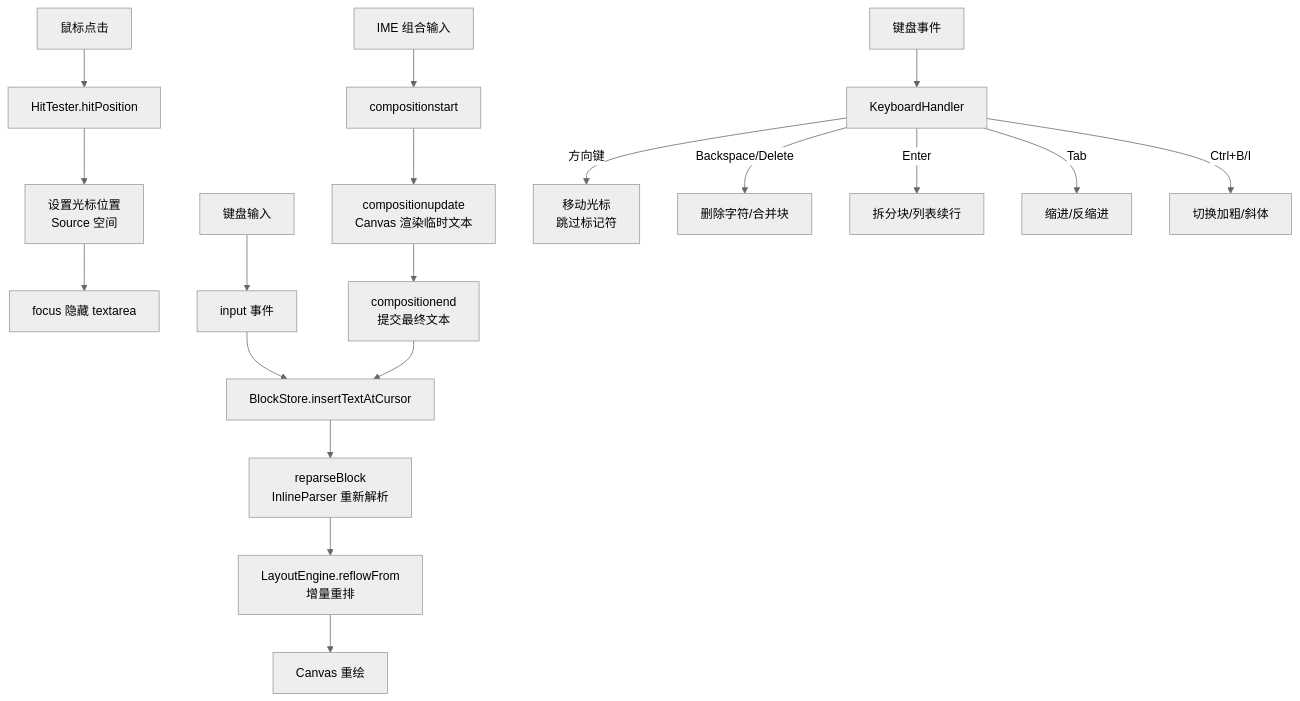
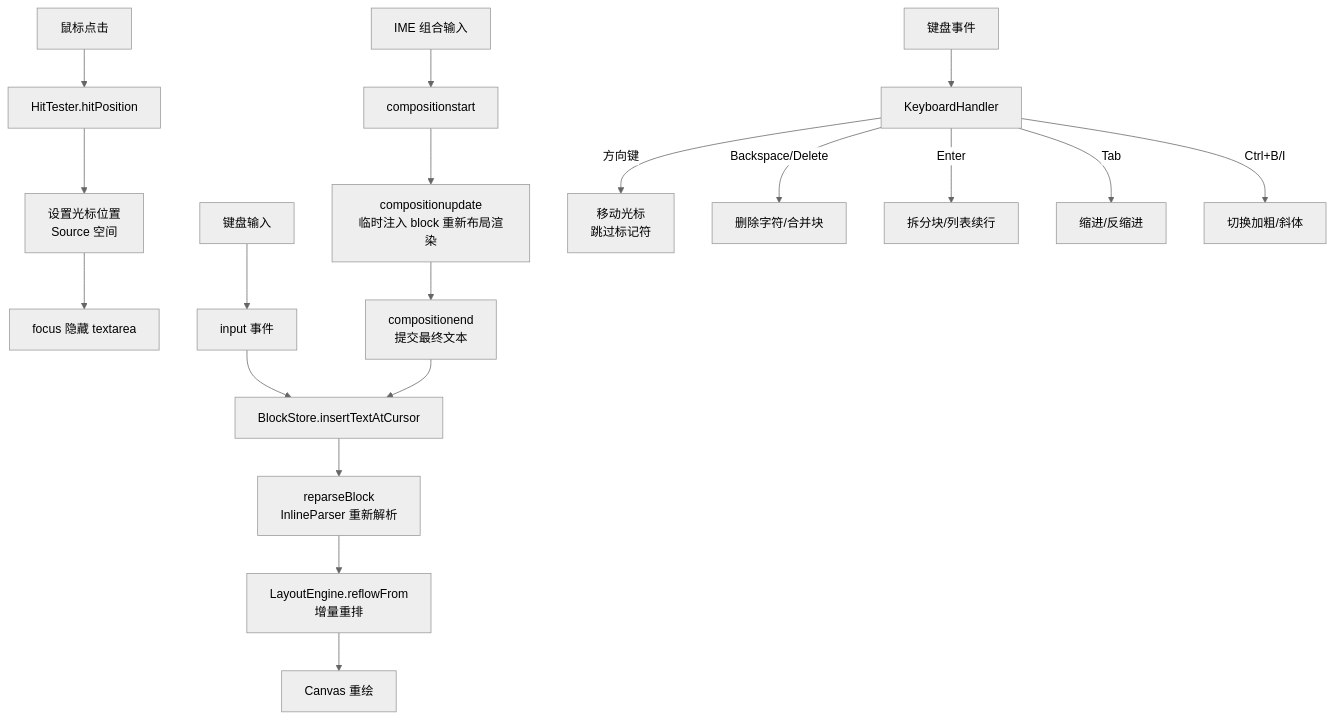
The fourth of 5 diagrams in README.md (symant233/canvas-markdown-editor), drawn with Mermaid (neutral theme) before and after one commit. The commit also changed other lines of this file and 5 other files, not shown here.

````diff
--- a/README.md
+++ b/README.md
@@ -218,24 +218,24 @@
 ```mermaid
 flowchart TD
   PointerDown["鼠标点击"] --> HitTest["HitTester.hitPosition"]
   HitTest --> SetCursor["设置光标位置<br/>Source 空间"]
   SetCursor --> FocusTA["focus 隐藏 textarea"]
 
   Typing["键盘输入"] --> InputEvent["input 事件"]
   InputEvent --> InsertText["BlockStore.insertTextAtCursor"]
   InsertText --> Reparse["reparseBlock<br/>InlineParser 重新解析"]
   Reparse --> Reflow["LayoutEngine.reflowFrom<br/>增量重排"]
   Reflow --> Render["Canvas 重绘"]
 
   IME["IME 组合输入"] --> CompStart["compositionstart"]
-  CompStart --> CompUpdate["compositionupdate<br/>Canvas 渲染临时文本"]
+  CompStart --> CompUpdate["compositionupdate<br/>临时注入 block 重新布局渲染"]
   CompUpdate --> CompEnd["compositionend<br/>提交最终文本"]
   CompEnd --> InsertText
 
   KeyDown["键盘事件"] --> KBHandler["KeyboardHandler"]
   KBHandler --> |"方向键"| MoveCursor["移动光标<br/>跳过标记符"]
   KBHandler --> |"Backspace/Delete"| DeleteChar["删除字符/合并块"]
   KBHandler --> |"Enter"| SplitBlock["拆分块/列表续行"]
   KBHandler --> |"Tab"| Indent["缩进/反缩进"]
   KBHandler --> |"Ctrl+B/I"| Format["切换加粗/斜体"]
 ```
````
